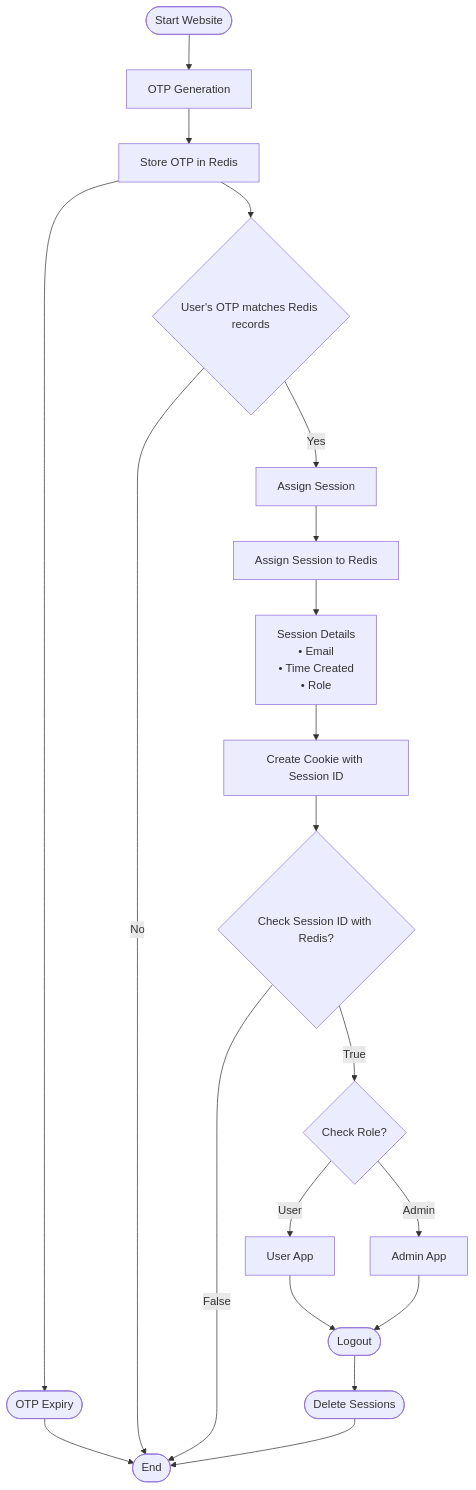
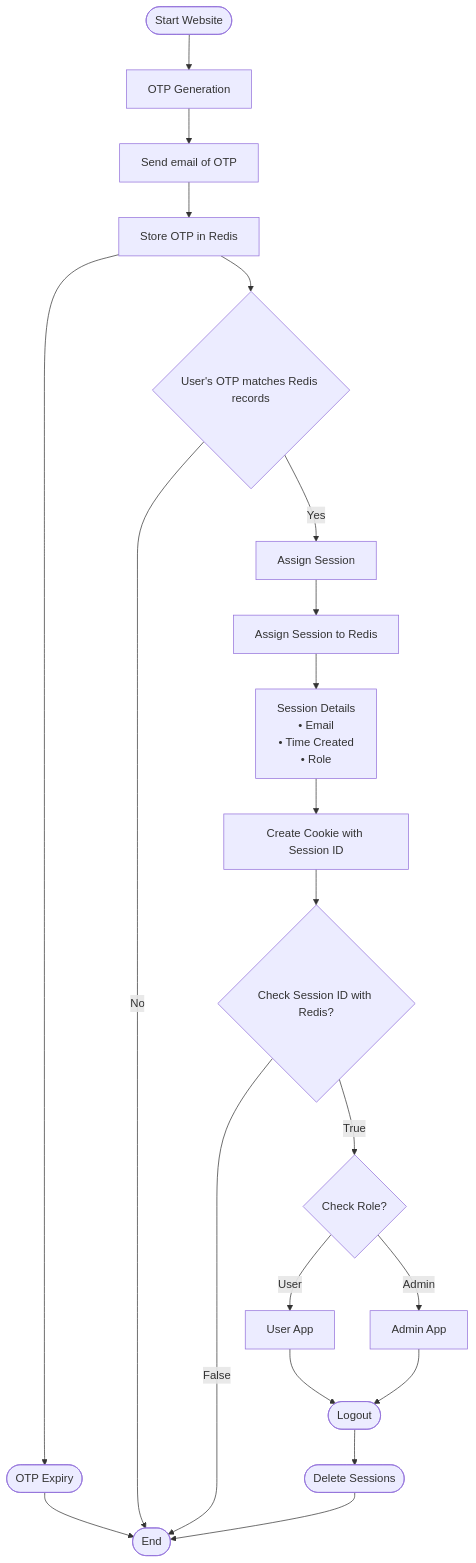
One commit to Hemit99123/stocksavvy-software-designs changed the diagram in authflow.md. Above: the diagram before and after it, drawn with Mermaid.

````diff
--- a/authflow.md
+++ b/authflow.md
@@ -9,27 +9,28 @@
 ```mermaid 
 flowchart 
     A([Start Website]) --> B[OTP Generation]
-    B --> C[Store OTP in Redis]
+    B --> KJ[Send email of OTP]
+    KJ --> C[Store OTP in Redis]
     C --> D([OTP Expiry])
     D --> O([End])
   
     C --> E{User's OTP matches Redis records}
     E -- Yes --> F[Assign Session]
     E -- No --> O
   
     F --> G[Assign Session to Redis]
     G --> H[Session Details<br/>• Email<br/>• Time Created<br/>• Role]
     H --> I[Create Cookie with Session ID]
     I --> J{Check Session ID with Redis?}
     J -- True --> K{Check Role?}
     J -- False --> O
   
     K -- User --> L[User App]
     K -- Admin --> M[Admin App]
     L --> N([Logout])
     M --> N
     N --> P([Delete Sessions])
     P --> O
 
 
 ```
````
